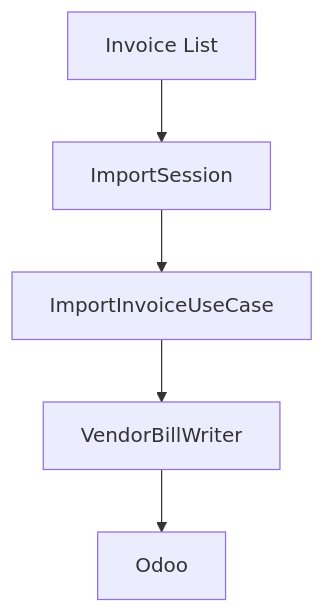
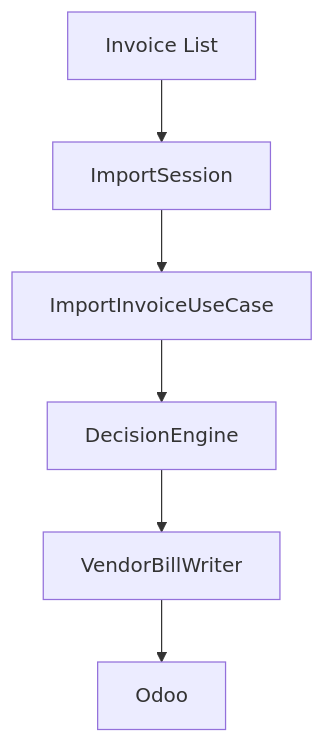
One commit to odurmazoglu/ict-integration-hub changed the third of 4 diagrams in docs/WORKFLOWS.md. Above: the diagram before and after it, drawn with Mermaid. The commit also changed other lines of this file and 18 other files, not shown here.

Commit message:
Add decision engine workflow strategy orchestration

````diff
--- a/docs/WORKFLOWS.md
+++ b/docs/WORKFLOWS.md
@@ -72,13 +72,15 @@
 ```mermaid
 flowchart TB
     InvoiceList[Invoice List]
     ImportSession[ImportSession]
     ImportInvoiceUseCase[ImportInvoiceUseCase]
+    DecisionEngine[DecisionEngine]
     VendorBillWriter[VendorBillWriter]
     Odoo[Odoo]
 
     InvoiceList --> ImportSession
     ImportSession --> ImportInvoiceUseCase
-    ImportInvoiceUseCase --> VendorBillWriter
+    ImportInvoiceUseCase --> DecisionEngine
+    DecisionEngine --> VendorBillWriter
     VendorBillWriter --> Odoo
 ```
````
